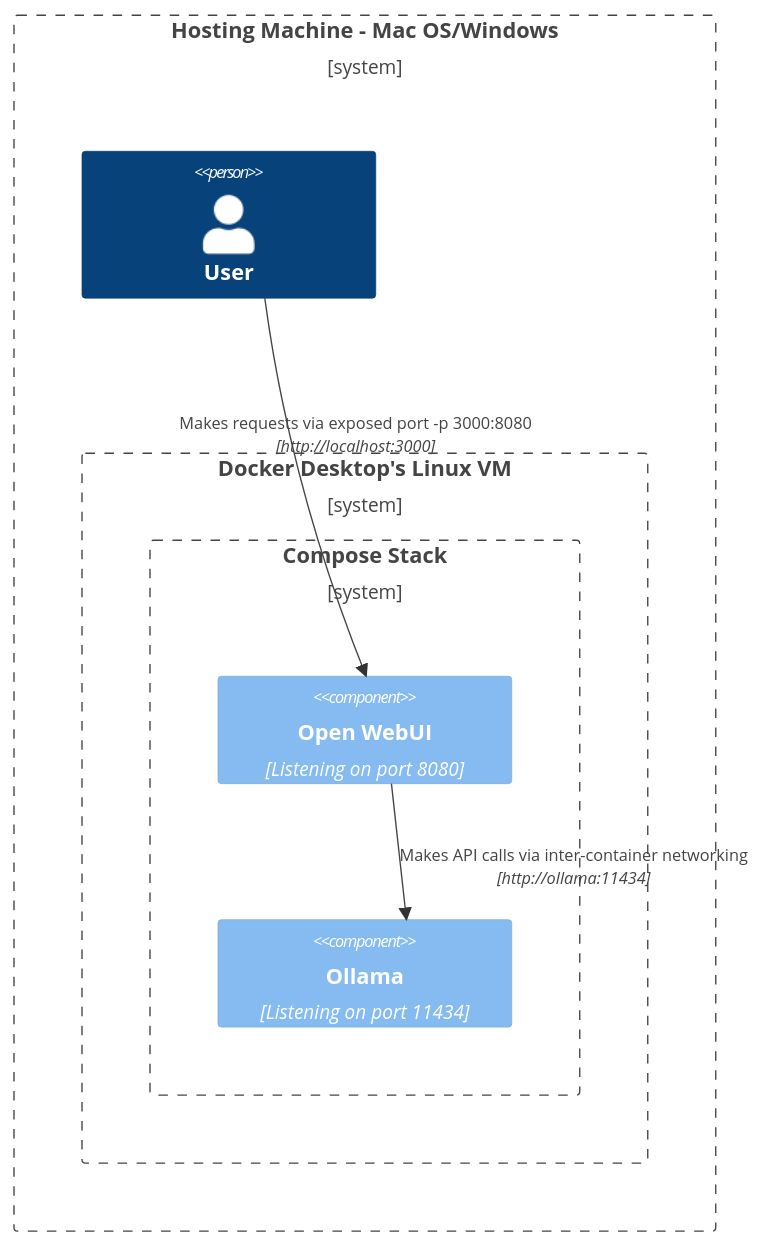
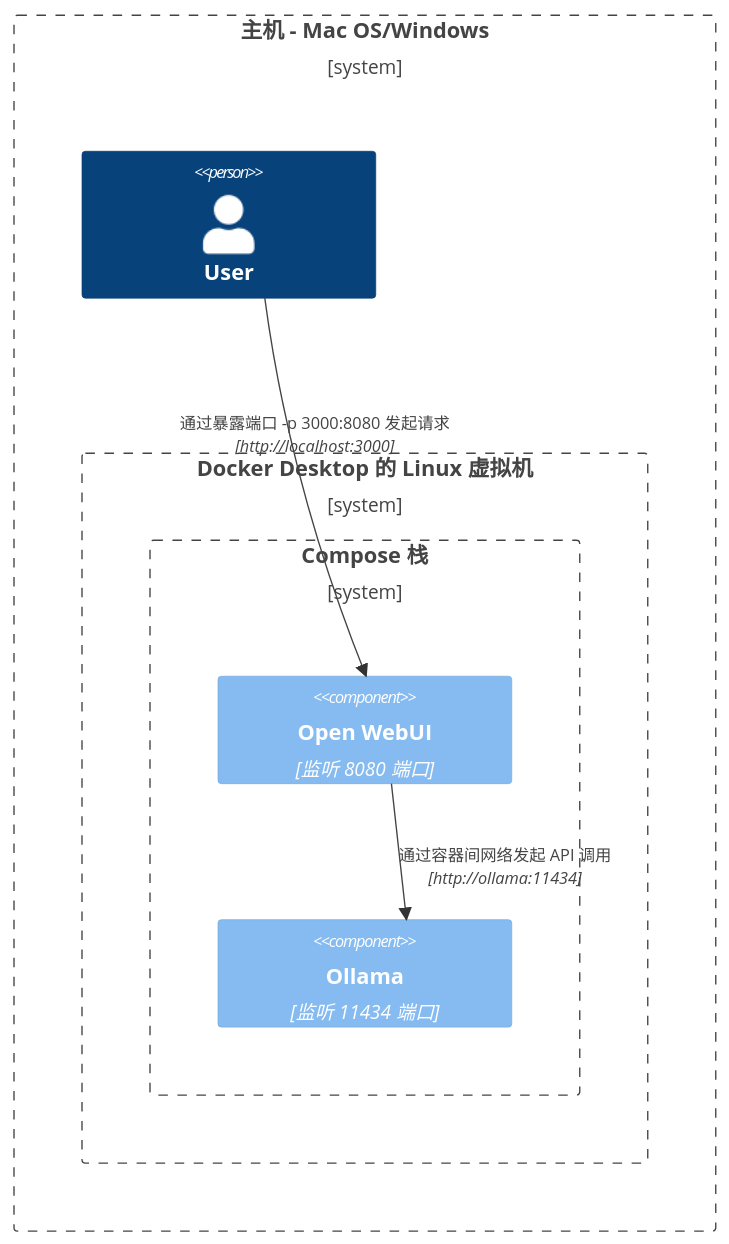
One commit to GamblerIX2/open-webui-docs changed the second of 8 diagrams in docs/reference/network-diagrams.mdx. Above: the diagram before and after it, drawn with Mermaid. The commit also changed other lines of this file and 175 other files, not shown here.

````diff
--- a/docs/reference/network-diagrams.mdx
+++ b/docs/reference/network-diagrams.mdx
@@ -42,15 +42,15 @@
 ```mermaid
 C4Context
-Boundary(b0, "Hosting Machine - Mac OS/Windows") {
+Boundary(b0, "主机 - Mac OS/Windows") {
    Person(user, "User")
-   Boundary(b1, "Docker Desktop's Linux VM") {
-      Boundary(b2, "Compose Stack") {
-         Component(openwebui, "Open WebUI", "Listening on port 8080")
-         Component(ollama, "Ollama", "Listening on port 11434")
+   Boundary(b1, "Docker Desktop 的 Linux 虚拟机") {
+      Boundary(b2, "Compose 栈") {
+         Component(openwebui, "Open WebUI", "监听 8080 端口")
+         Component(ollama, "Ollama", "监听 11434 端口")
       }
    }
 }
-Rel(openwebui, ollama, "Makes API calls via inter-container networking", "http://ollama:11434")
-Rel(user, openwebui, "Makes requests via exposed port -p 3000:8080", "http://localhost:3000")
+Rel(openwebui, ollama, "通过容器间网络发起 API 调用", "http://ollama:11434")
+Rel(user, openwebui, "通过暴露端口 -p 3000:8080 发起请求", "http://localhost:3000")
 UpdateRelStyle(user, openwebui, $offsetX="-100", $offsetY="-50")
 ```
````
